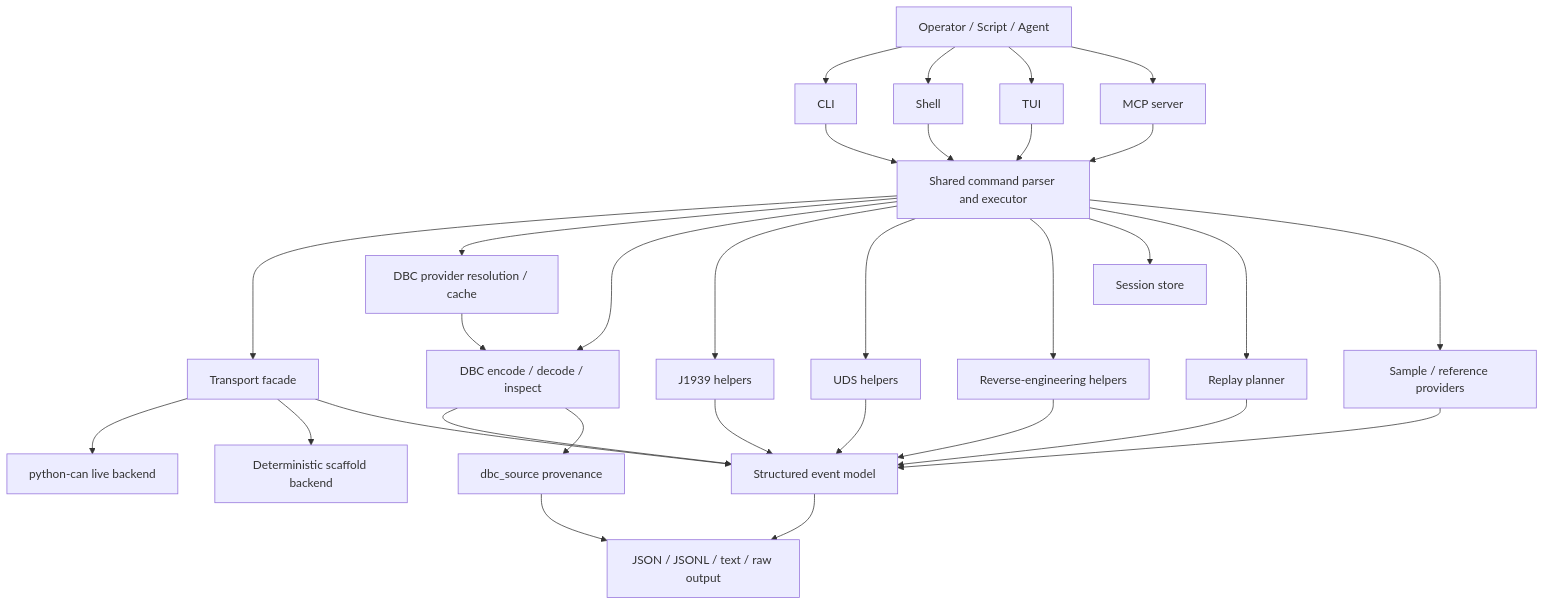
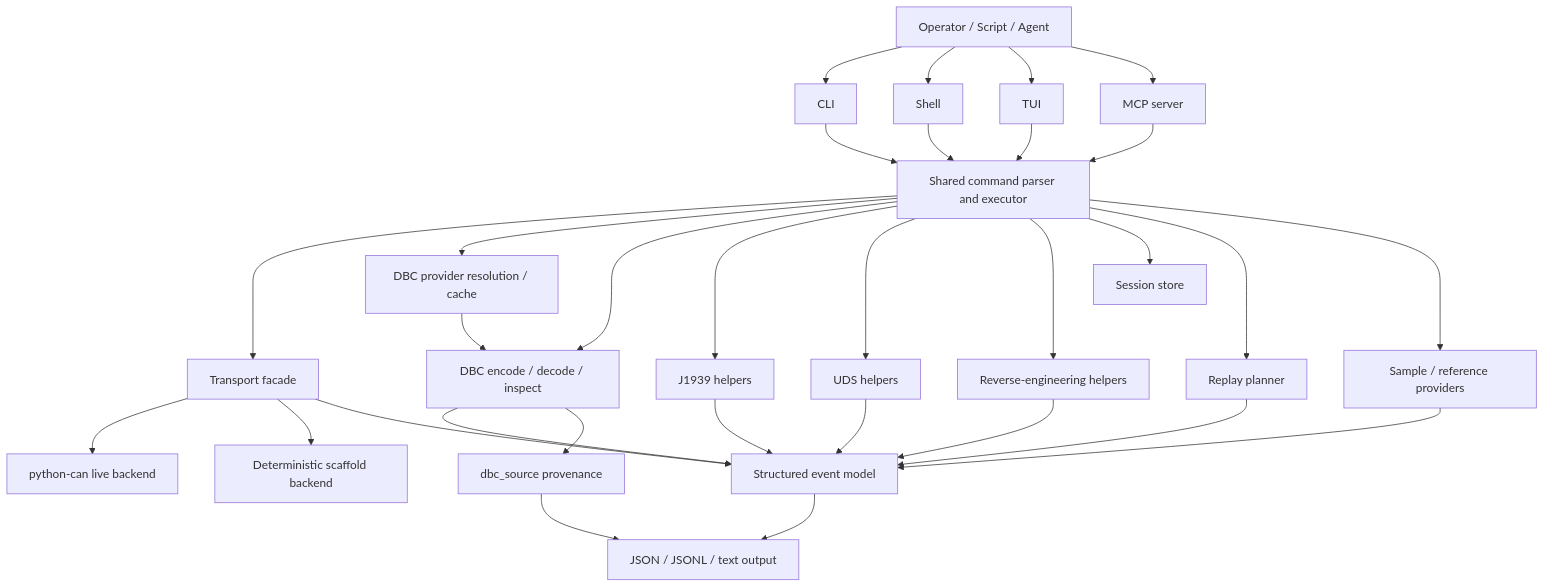
The first of 5 diagrams in docs/architecture.md (hexsecs/canarchy), drawn with Mermaid before and after one commit. The commit also changed other lines of this file and 38 other files, not shown here.

First line of the commit message:
Remove generic raw output mode

````diff
--- a/docs/architecture.md
+++ b/docs/architecture.md
@@ -24,38 +24,38 @@
 ```mermaid
 flowchart TD
     U[Operator / Script / Agent] --> CLI[CLI]
     U --> SH[Shell]
     U --> TUI[TUI]
     U --> MCP[MCP server]
 
     CLI --> CMD[Shared command parser and executor]
     SH --> CMD
     TUI --> CMD
     MCP --> CMD
 
     CMD --> TP[Transport facade]
     CMD --> DBCP[DBC provider resolution / cache]
     CMD --> DBC[DBC encode / decode / inspect]
     CMD --> J[J1939 helpers]
     CMD --> UDS[UDS helpers]
     CMD --> RE[Reverse-engineering helpers]
     CMD --> SES[Session store]
     CMD --> REP[Replay planner]
 
     TP --> PY[python-can live backend]
     TP --> SC[Deterministic scaffold backend]
     CMD --> REF[Sample / reference providers]
 
     DBCP --> DBC
     DBC --> EV[Structured event model]
     J --> EV
     UDS --> EV
     RE --> EV
     TP --> EV
     REP --> EV
     REF --> EV
 
-    EV --> OUT[JSON / JSONL / text / raw output]
+    EV --> OUT[JSON / JSONL / text output]
     DBC --> PROV[dbc_source provenance]
     PROV --> OUT
 ```
````
